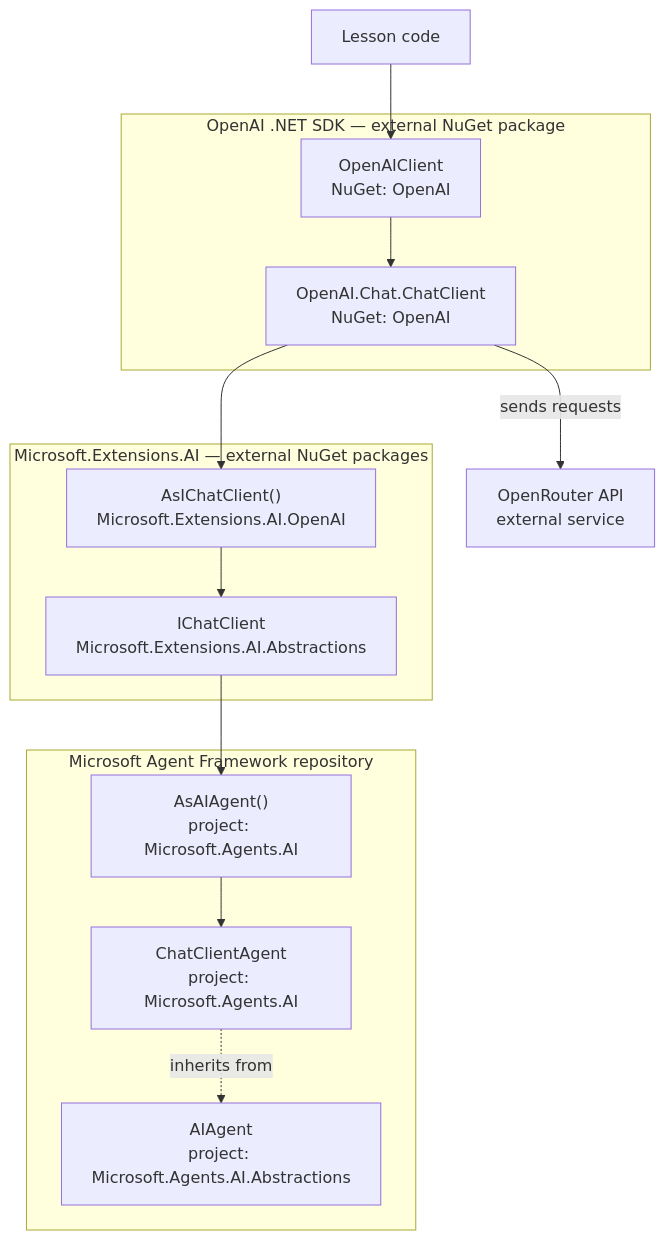
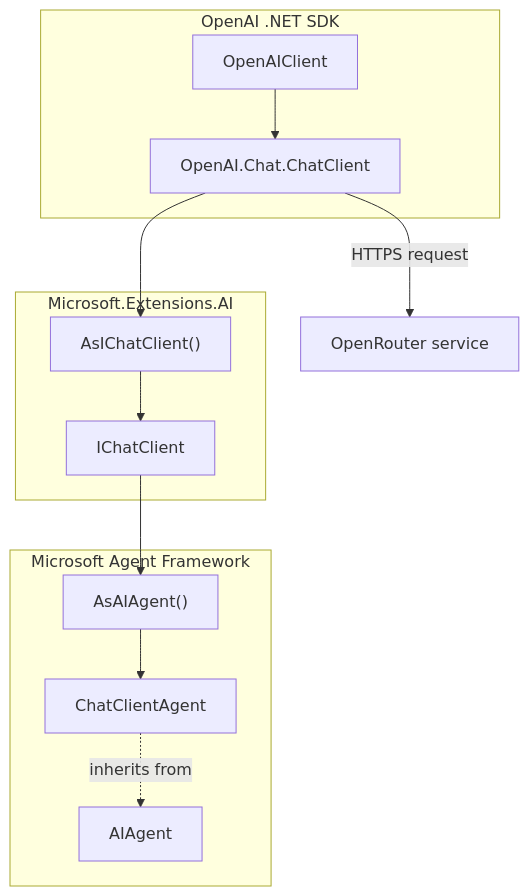
Before and after one commit to SunilPrasad/ai-agent: the second of 2 diagrams in 01-creating-an-agent/README.md, drawn with Mermaid. The commit also changed other lines of this file and 7 other files, not shown here.

````diff
--- a/01-creating-an-agent/README.md
+++ b/01-creating-an-agent/README.md
@@ -45,31 +49,26 @@
 ```mermaid
 flowchart TB
-    Code["Lesson code"]
-
-    subgraph OpenAISdk["OpenAI .NET SDK — external NuGet package"]
-        OpenAIClient["OpenAIClient<br/>NuGet: OpenAI"]
-        OpenAIChatClient["OpenAI.Chat.ChatClient<br/>NuGet: OpenAI"]
+    subgraph OpenAISdk["OpenAI .NET SDK"]
+        OpenAIClient["OpenAIClient"]
+        ProviderChatClient["OpenAI.Chat.ChatClient"]
     end
 
-    subgraph ExtensionsAI["Microsoft.Extensions.AI — external NuGet packages"]
-        AsIChatClient["AsIChatClient()<br/>Microsoft.Extensions.AI.OpenAI"]
-        IChatClient["IChatClient<br/>Microsoft.Extensions.AI.Abstractions"]
+    subgraph ExtensionsAI["Microsoft.Extensions.AI"]
+        Adapter["AsIChatClient()"]
+        IChatClient["IChatClient"]
     end
 
-    subgraph AgentFramework["Microsoft Agent Framework repository"]
-        AsAIAgent["AsAIAgent()<br/>project: Microsoft.Agents.AI"]
-        ChatClientAgent["ChatClientAgent<br/>project: Microsoft.Agents.AI"]
-        AIAgent["AIAgent<br/>project: Microsoft.Agents.AI.Abstractions"]
+    subgraph AgentFramework["Microsoft Agent Framework"]
+        AgentAdapter["AsAIAgent()"]
+        ChatClientAgent["ChatClientAgent"]
+        AIAgent["AIAgent"]
     end
 
-    OpenRouter["OpenRouter API<br/>external service"]
+    OpenRouter["OpenRouter service"]
 
-    Code --> OpenAIClient
-    OpenAIClient --> OpenAIChatClient
-    OpenAIChatClient --> AsIChatClient
-    AsIChatClient --> IChatClient
-    IChatClient --> AsAIAgent
-    AsAIAgent --> ChatClientAgent
+    OpenAIClient --> ProviderChatClient
+    ProviderChatClient --> Adapter --> IChatClient
+    IChatClient --> AgentAdapter --> ChatClientAgent
     ChatClientAgent -. "inherits from" .-> AIAgent
-    OpenAIChatClient -->|"sends requests"| OpenRouter
+    ProviderChatClient -->|"HTTPS request"| OpenRouter
 ```
````
